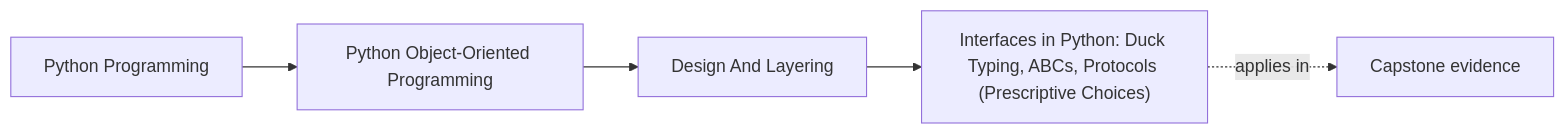
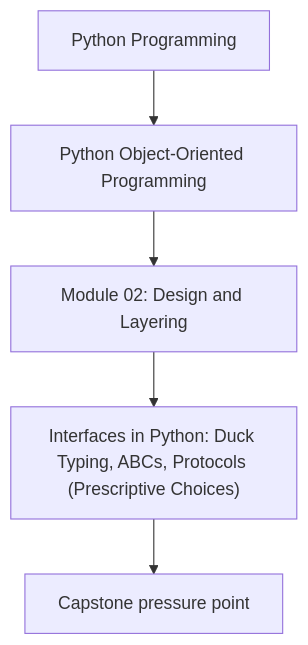
Before and after one commit to bijux/bijux-masterclass: the first of 2 diagrams in programs/python-programming/python-object-oriented-programming/course-book/module-02-design-and-layering/duck-typing-abcs-and-protocols.md, drawn with Mermaid. The commit also changed other lines of this file and 107 other files, not shown here.

Commit message:
docs(python-object-oriented-programming): align concept page diagrams

````diff
--- a/programs/python-programming/python-object-oriented-programming/course-book/module-02-design-and-layering/duck-typing-abcs-and-protocols.md
+++ b/programs/python-programming/python-object-oriented-programming/course-book/module-02-design-and-layering/duck-typing-abcs-and-protocols.md
@@ -7,11 +7,7 @@
 ```mermaid
-graph LR
-  family["Python Programming"]
-  program["Python Object-Oriented Programming"]
-  section["Design And Layering"]
-  page["Interfaces in Python: Duck Typing, ABCs, Protocols (Prescriptive Choices)"]
-  capstone["Capstone evidence"]
-
-  family --> program --> section --> page
-  page -.applies in.-> capstone
+flowchart TD
+  family["Python Programming"] --> program["Python Object-Oriented Programming"]
+  program --> module["Module 02: Design and Layering"]
+  module --> concept["Interfaces in Python: Duck Typing, ABCs, Protocols (Prescriptive Choices)"]
+  concept --> capstone["Capstone pressure point"]
 ```
````
